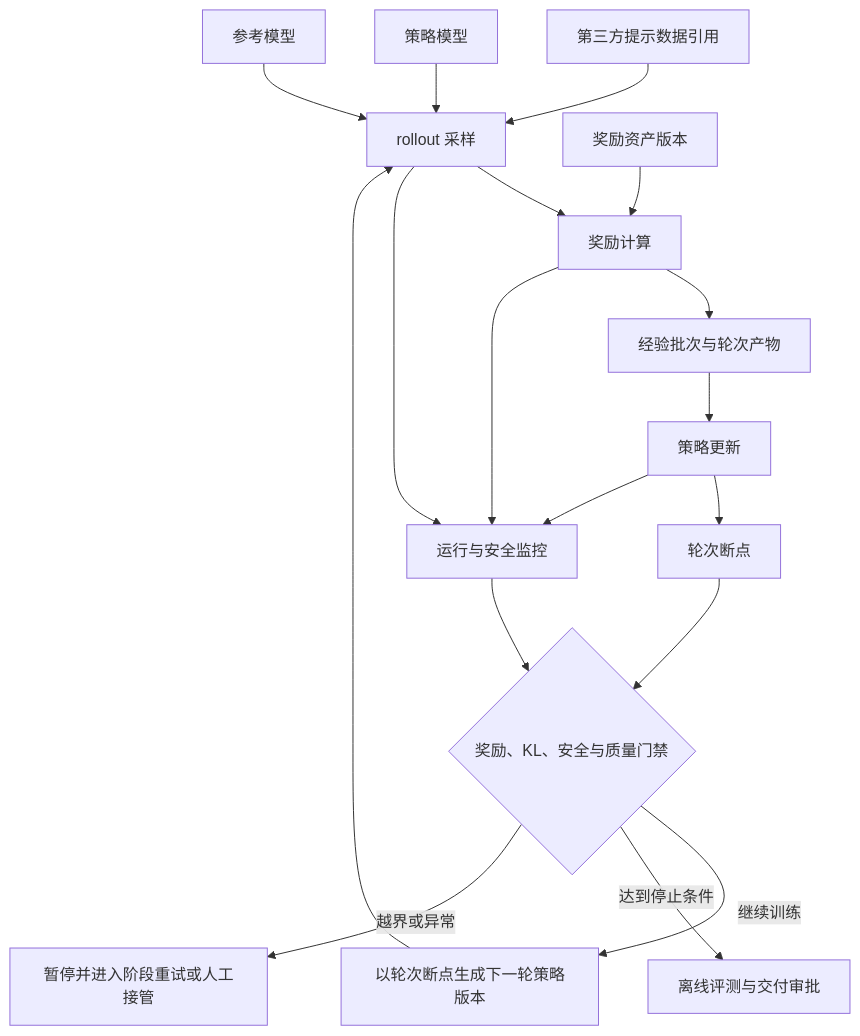
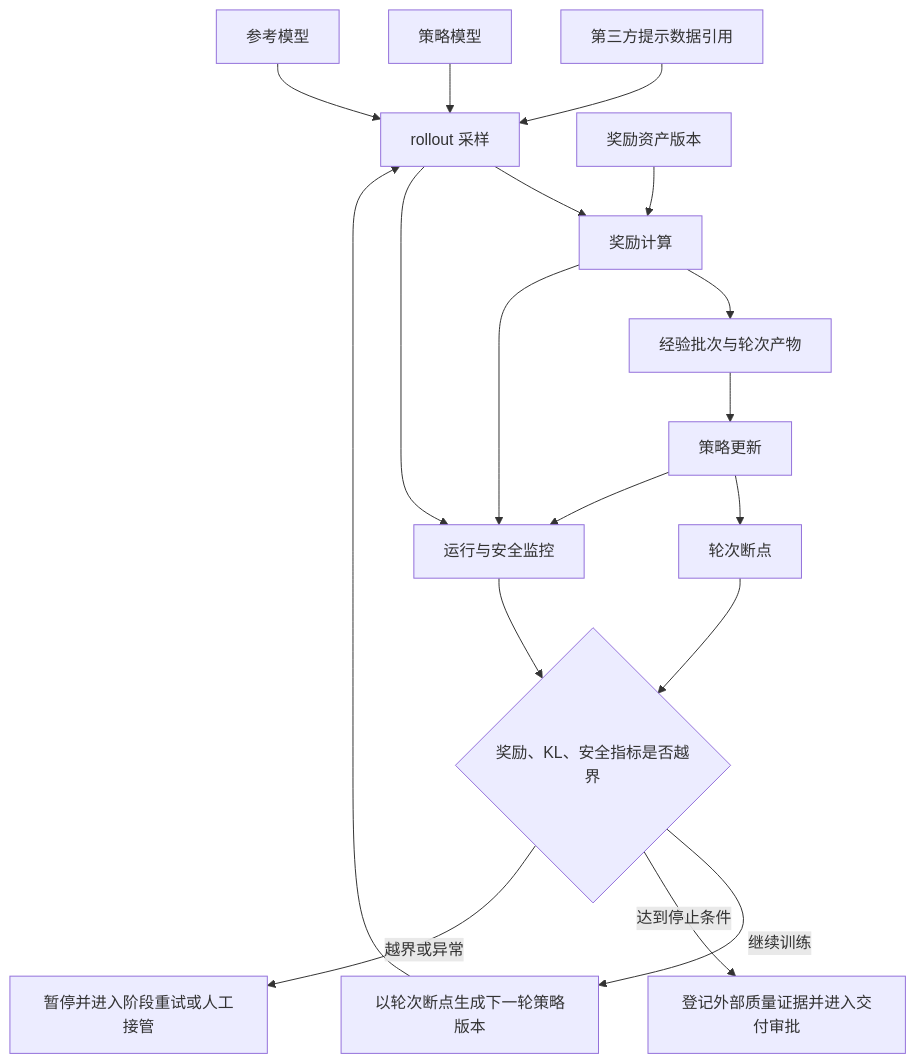
One commit to gqcn/ltp changed the diagram in docs/平台规划/3.11-强化学习后训练.md. Above: the diagram before and after it, drawn with Mermaid. The commit also changed other lines of this file and 9 other files, not shown here.

````diff
--- a/docs/平台规划/3.11-强化学习后训练.md
+++ b/docs/平台规划/3.11-强化学习后训练.md
@@ -43,20 +43,20 @@
 ```mermaid
 flowchart TB
     prompt["第三方提示数据引用"] --> rollout["rollout 采样"]
     policy["策略模型"] --> rollout
     reference["参考模型"] --> rollout
     rollout --> scoring["奖励计算"]
     reward["奖励资产版本"] --> scoring
     scoring --> experience["经验批次与轮次产物"]
     experience --> trainer["策略更新"]
     trainer --> checkpoint["轮次断点"]
     rollout --> monitor["运行与安全监控"]
     scoring --> monitor
     trainer --> monitor
-    checkpoint --> gate{"奖励、KL、安全与质量门禁"}
+    checkpoint --> gate{"奖励、KL、安全指标是否越界"}
     monitor --> gate
     gate -->|"继续训练"| nextPolicy["以轮次断点生成下一轮策略版本"]
     nextPolicy --> rollout
-    gate -->|"达到停止条件"| evaluation["离线评测与交付审批"]
+    gate -->|"达到停止条件"| evaluation["登记外部质量证据并进入交付审批"]
     gate -->|"越界或异常"| intervention["暂停并进入阶段重试或人工接管"]
 ```
````
